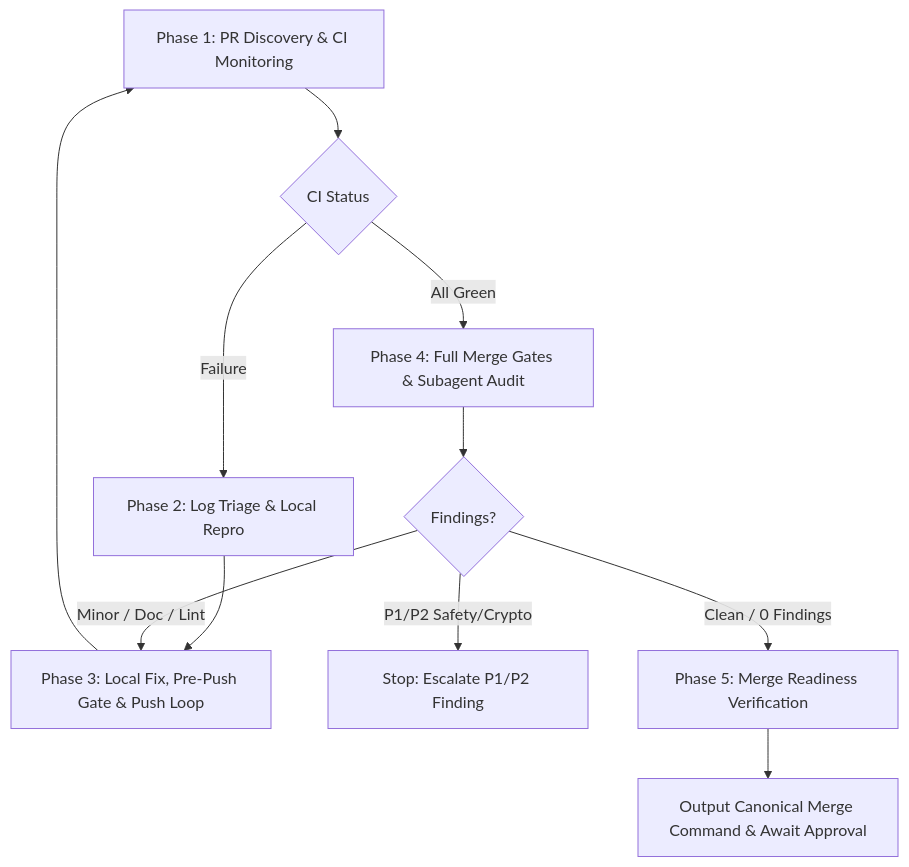
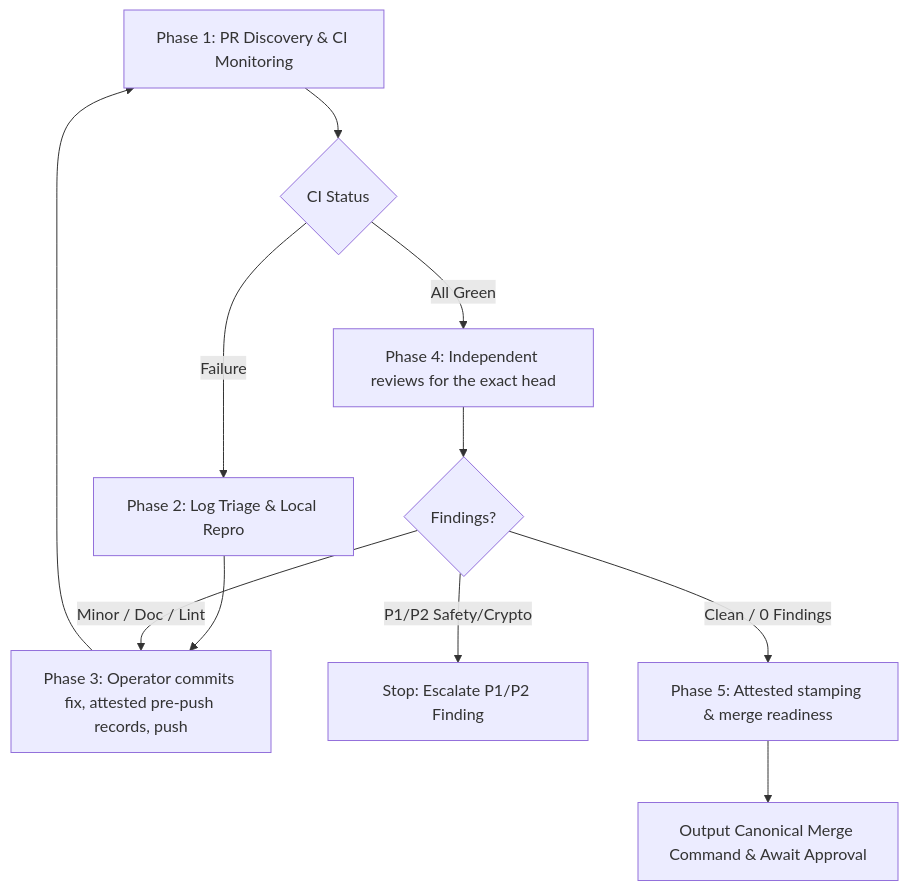
The diagram in .agents/skills/ci-heal/SKILL.md (0Bu/tesla-key-esp32), drawn with Mermaid before and after one commit. The commit also changed other lines of this file and 47 other files, not shown here.

First line of the commit message:
fix: close all 22 findings of the 2026-09-30 project review (#347)

````diff
--- a/.agents/skills/ci-heal/SKILL.md
+++ b/.agents/skills/ci-heal/SKILL.md
@@ -30,13 +60,13 @@
 ```mermaid
 flowchart TD
     P1[Phase 1: PR Discovery & CI Monitoring] --> P2{CI Status}
     P2 -->|Failure| P3[Phase 2: Log Triage & Local Repro]
-    P3 --> P4[Phase 3: Local Fix, Pre-Push Gate & Push Loop]
+    P3 --> P4[Phase 3: Operator commits fix, attested pre-push records, push]
     P4 --> P1
-    P2 -->|All Green| P5[Phase 4: Full Merge Gates & Subagent Audit]
+    P2 -->|All Green| P5[Phase 4: Independent reviews for the exact head]
     P5 --> P6{Findings?}
     P6 -->|P1/P2 Safety/Crypto| StopFail[Stop: Escalate P1/P2 Finding]
     P6 -->|Minor / Doc / Lint| P4
-    P6 -->|Clean / 0 Findings| P7[Phase 5: Merge Readiness Verification]
+    P6 -->|Clean / 0 Findings| P7[Phase 5: Attested stamping & merge readiness]
     P7 --> Ready[Output Canonical Merge Command & Await Approval]
 ```
````
